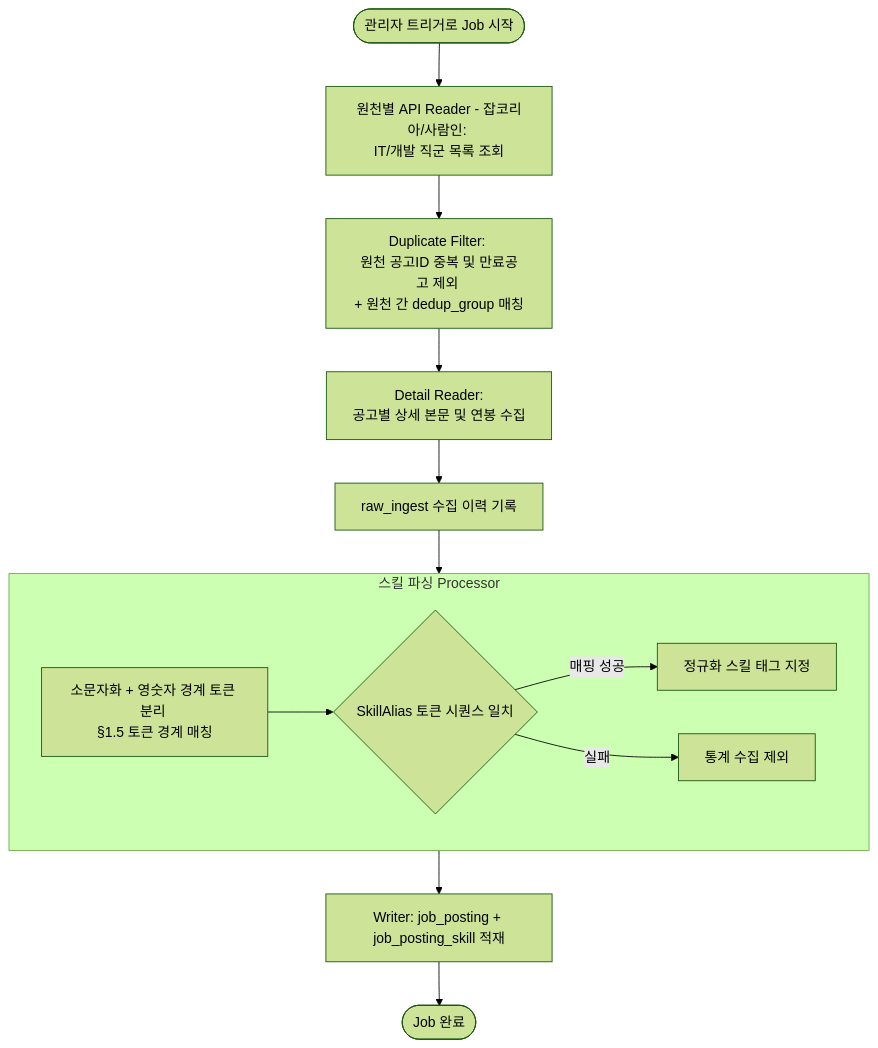
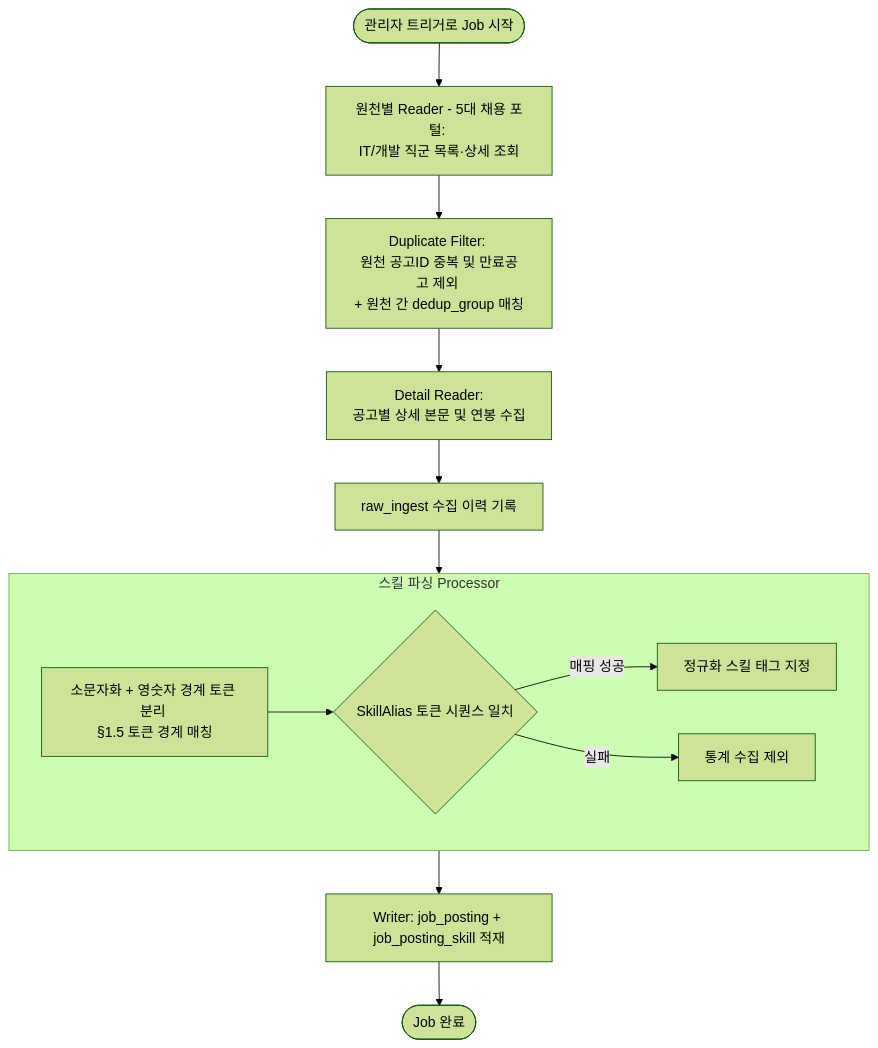
Before and after one commit to SeoHyeokGyu/Carix: the third of 5 diagrams in docs/specs/data-architecture.md, drawn with Mermaid (forest theme). The commit also changed other lines of this file and 7 other files, not shown here.

````diff
--- a/docs/specs/data-architecture.md
+++ b/docs/specs/data-architecture.md
@@ -367,17 +367,17 @@
 ```mermaid
 flowchart TD
-    Start([관리자 트리거로 Job 시작]) --> Reader[원천별 API Reader - 잡코리아/사람인: <br>IT/개발 직군 목록 조회]
+    Start([관리자 트리거로 Job 시작]) --> Reader[원천별 Reader - 5대 채용 포털: <br>IT/개발 직군 목록·상세 조회]
     Reader --> Filter[Duplicate Filter: <br>원천 공고ID 중복 및 만료공고 제외 <br>+ 원천 간 dedup_group 매칭]
     Filter --> DetailReader[Detail Reader: <br>공고별 상세 본문 및 연봉 수집]
     
     subgraph SkillParser [스킬 파싱 Processor]
         Preprocess[소문자화 + 영숫자 경계 토큰 분리 <br>§1.5 토큰 경계 매칭] --> AliasMatch{SkillAlias 토큰 시퀀스 일치}
         AliasMatch -->|매핑 성공| TagSkill[정규화 스킬 태그 지정]
         AliasMatch -->|실패| Drop[통계 수집 제외]
     end
     
     DetailReader --> RawStore[raw_ingest 수집 이력 기록]
     RawStore --> SkillParser
     SkillParser --> Writer[Writer: job_posting + job_posting_skill 적재]
     Writer --> End([Job 완료])
 ```
````
